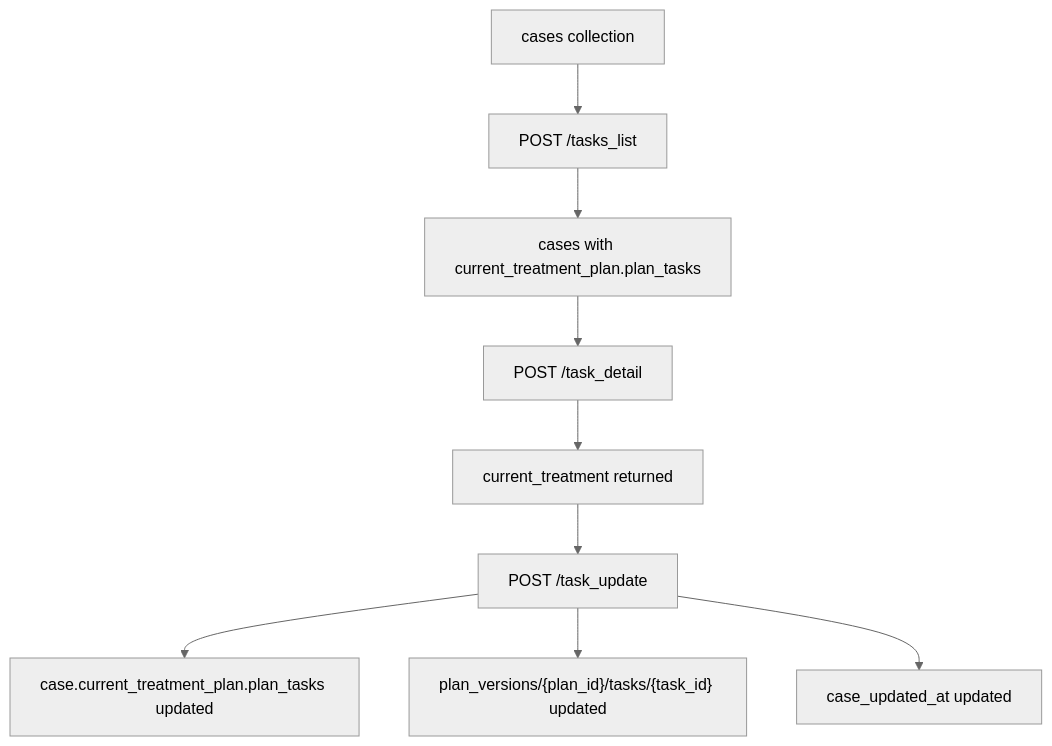
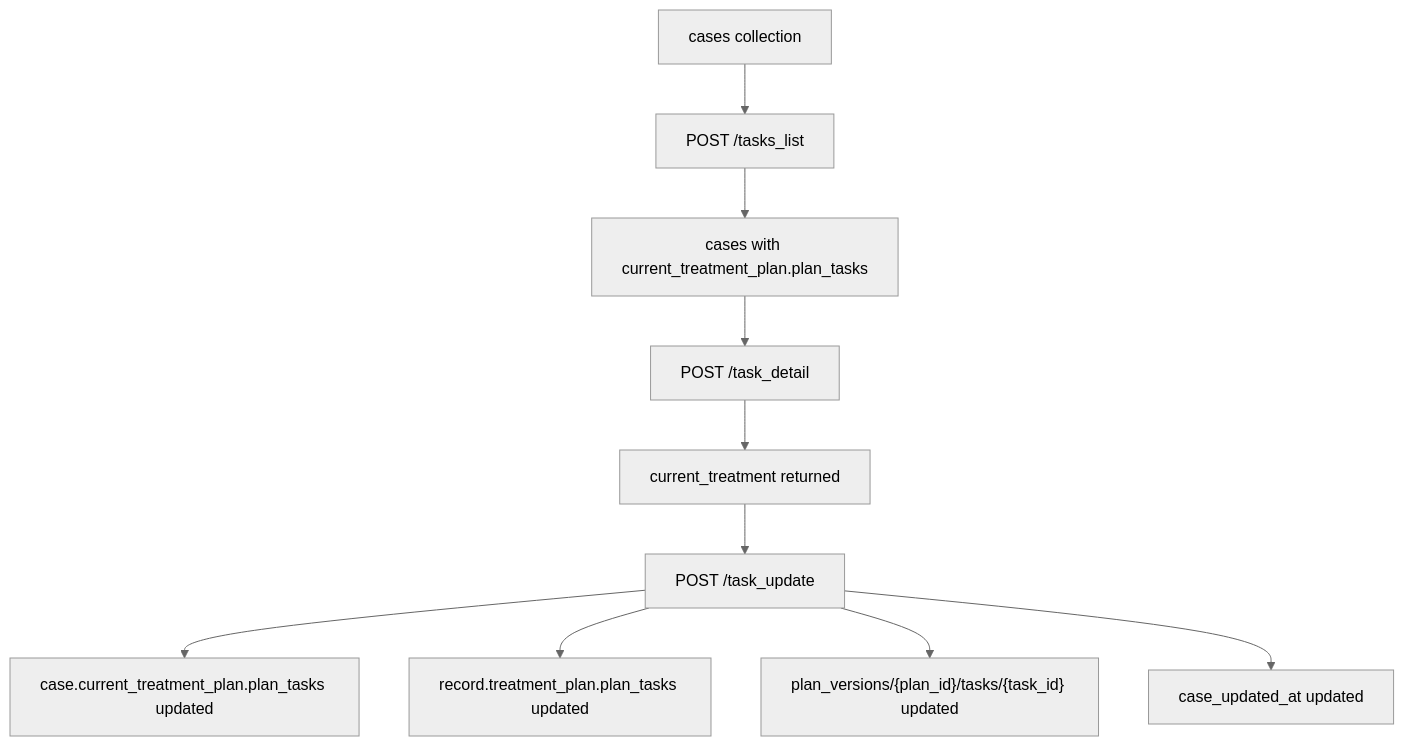
Before and after one commit to Nearonomicon/Foster-Ulcer-AI: the tenth of 10 diagrams in backend/workflow.md, drawn with Mermaid (neutral theme). The commit also changed other lines of this file and 13 other files, not shown here.

````diff
--- a/backend/workflow.md
+++ b/backend/workflow.md
@@ -392,11 +395,12 @@
 ```mermaid
 flowchart TD
     A[cases collection] --> B[POST /tasks_list]
     B --> C[cases with current_treatment_plan.plan_tasks]
     C --> D[POST /task_detail]
     D --> E[current_treatment returned]
     E --> F[POST /task_update]
     F --> G[case.current_treatment_plan.plan_tasks updated]
-    F --> H["plan_versions/{plan_id}/tasks/{task_id} updated"]
-    F --> I[case_updated_at updated]
+    F --> H[record.treatment_plan.plan_tasks updated]
+    F --> I["plan_versions/{plan_id}/tasks/{task_id} updated"]
+    F --> J[case_updated_at updated]
 ```
````
